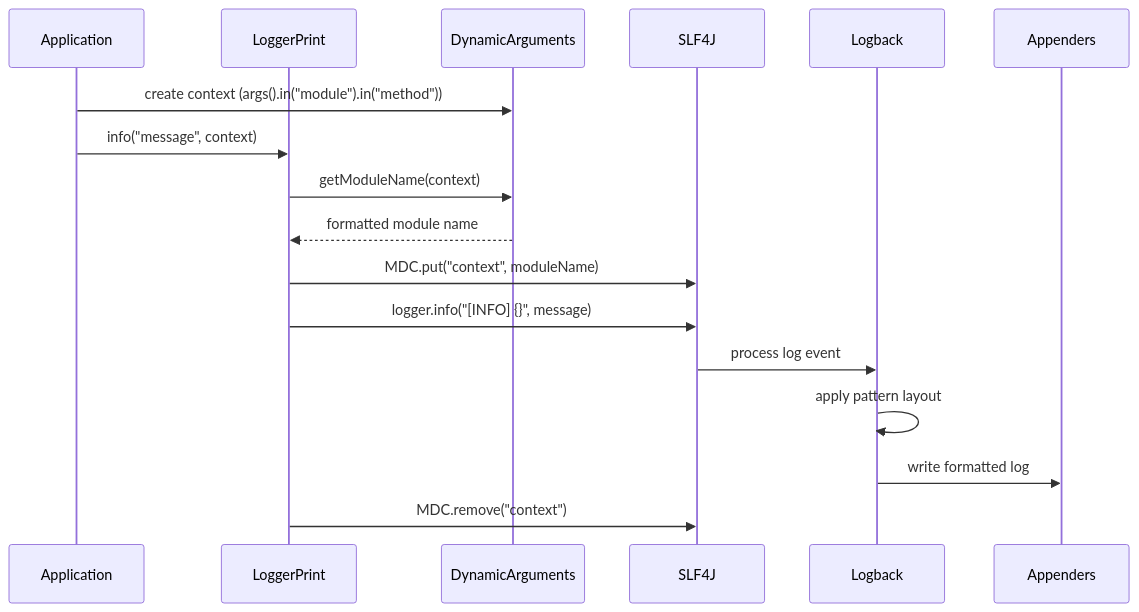
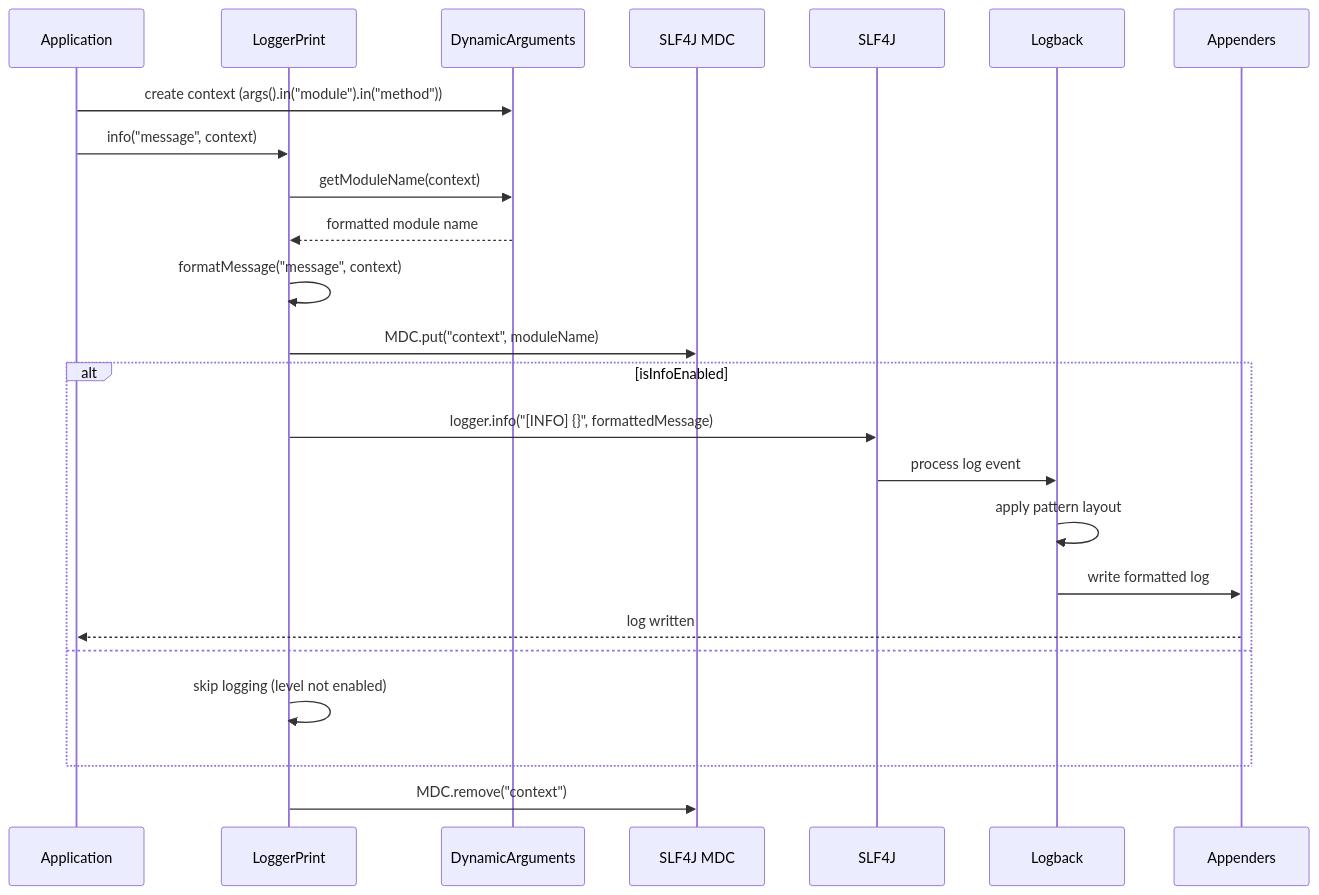
Before and after one commit to cshubhra/ls-dl: the third of 7 diagrams in documentation/migration/LoggerPrint_Logback_Architecture.md, drawn with Mermaid. The commit also changed other lines of this file, not shown here.

Commit message:
Update LoggerPrint Logback architecture diagrams with more detail

````diff
--- a/documentation/migration/LoggerPrint_Logback_Architecture.md
+++ b/documentation/migration/LoggerPrint_Logback_Architecture.md
@@ -98,20 +141,31 @@
 ```mermaid
 sequenceDiagram
     participant App as Application
     participant LP as LoggerPrint
     participant DA as DynamicArguments
+    participant MDC as SLF4J MDC
     participant SLF4J
     participant LB as Logback
     participant Appenders
     
     App->>DA: create context (args().in("module").in("method"))
     App->>LP: info("message", context)
+    
     LP->>DA: getModuleName(context)
     DA-->>LP: formatted module name
-    LP->>SLF4J: MDC.put("context", moduleName)
-    LP->>SLF4J: logger.info("[INFO] {}", message)
-    SLF4J->>LB: process log event
-    LB->>LB: apply pattern layout
-    LB->>Appenders: write formatted log
-    LP->>SLF4J: MDC.remove("context")
+    
+    LP->>LP: formatMessage("message", context)
+    LP->>MDC: MDC.put("context", moduleName)
+    
+    alt isInfoEnabled
+        LP->>SLF4J: logger.info("[INFO] {}", formattedMessage)
+        SLF4J->>LB: process log event
+        LB->>LB: apply pattern layout
+        LB->>Appenders: write formatted log
+        Appenders-->>App: log written
+    else
+        LP->>LP: skip logging (level not enabled)
+    end
+    
+    LP->>MDC: MDC.remove("context")
 ```
````
